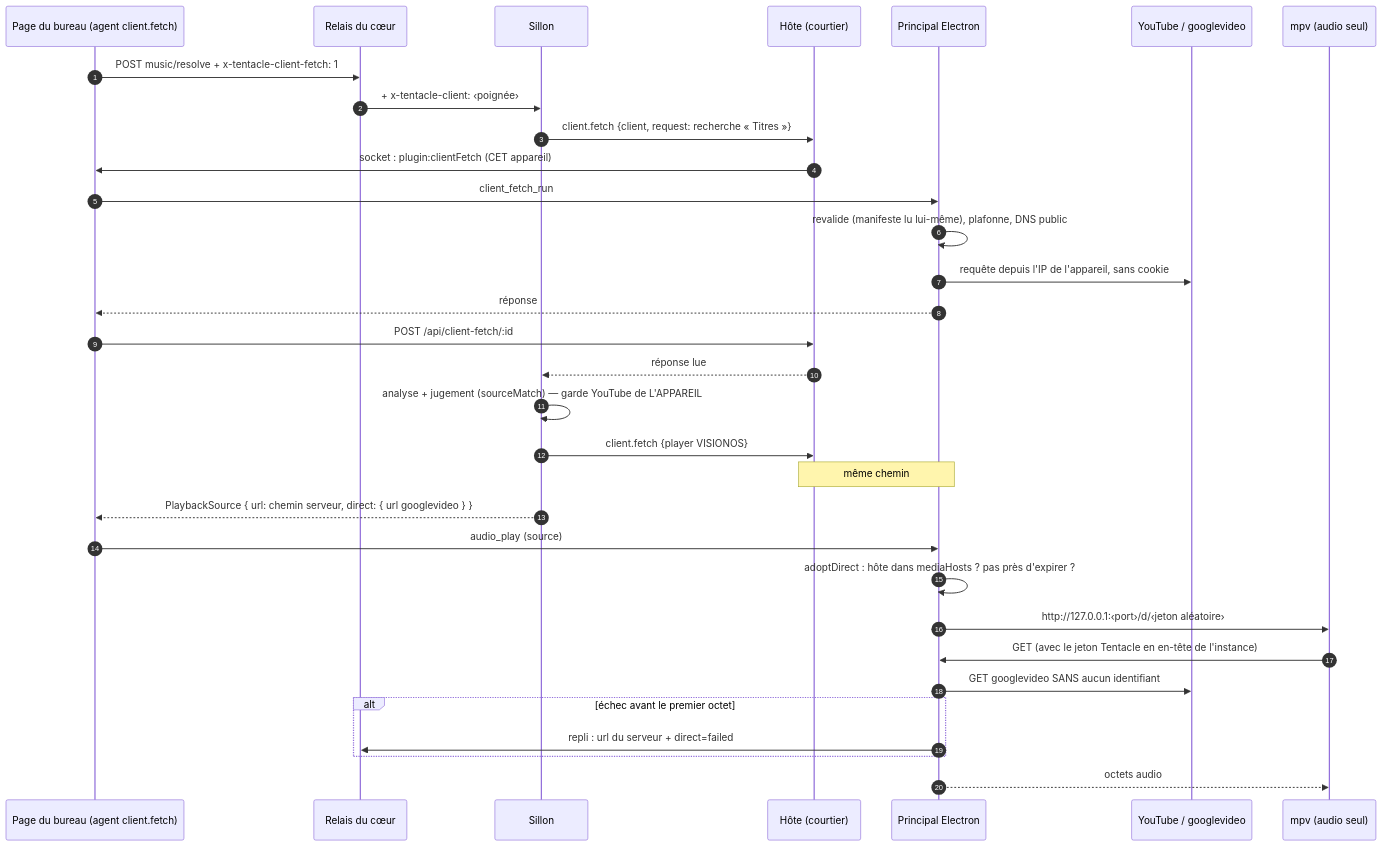
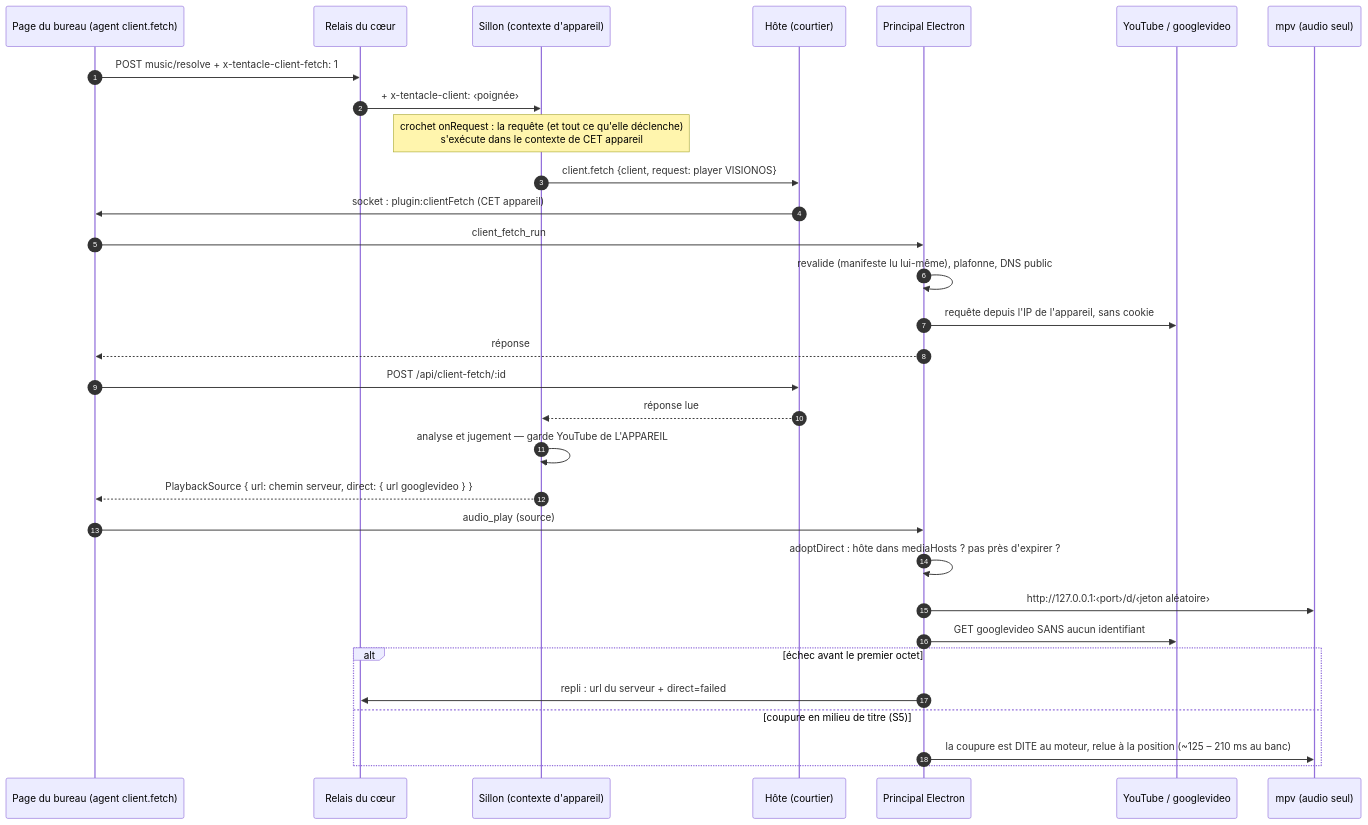
One commit to Knaox/Tentacle-TV changed the fifth of 8 diagrams in docs/octave/CARTOGRAPHIE.md. Above: the diagram before and after it, drawn with Mermaid. The commit also changed other lines of this file, not shown here.

Commit message:
docs(octave) : cartographie de l'intégration finale — catalogue YouTube Music, préchauffage, bureau délégué, titre choisi, radio, décisions et restes

````diff
--- a/docs/octave/CARTOGRAPHIE.md
+++ b/docs/octave/CARTOGRAPHIE.md
@@ -439,34 +485,33 @@
 ```mermaid
 sequenceDiagram
   autonumber
   participant Page as Page du bureau (agent client.fetch)
   participant Relay as Relais du cœur
-  participant S as Sillon
+  participant S as Sillon (contexte d'appareil)
   participant Host as Hôte (courtier)
   participant Main as Principal Electron
   participant YT as YouTube / googlevideo
   participant Mpv as mpv (audio seul)
   Page->>Relay: POST music/resolve + x-tentacle-client-fetch: 1
   Relay->>S: + x-tentacle-client: ‹poignée›
-  S->>Host: client.fetch {client, request: recherche « Titres »}
+  Note over S: crochet onRequest : la requête (et tout ce qu'elle déclenche)<br/>s'exécute dans le contexte de CET appareil
+  S->>Host: client.fetch {client, request: player VISIONOS}
   Host->>Page: socket : plugin:clientFetch (CET appareil)
   Page->>Main: client_fetch_run
   Main->>Main: revalide (manifeste lu lui-même), plafonne, DNS public
   Main->>YT: requête depuis l'IP de l'appareil, sans cookie
   Main-->>Page: réponse
   Page->>Host: POST /api/client-fetch/:id
   Host-->>S: réponse lue
-  S->>S: analyse + jugement (sourceMatch) — garde YouTube de L'APPAREIL
-  S->>Host: client.fetch {player VISIONOS}
-  Note over Host,Main: même chemin
+  S->>S: analyse et jugement — garde YouTube de L'APPAREIL
   S-->>Page: PlaybackSource { url: chemin serveur, direct: { url googlevideo } }
   Page->>Main: audio_play (source)
   Main->>Main: adoptDirect : hôte dans mediaHosts ? pas près d'expirer ?
   Main->>Mpv: http://127.0.0.1:‹port›/d/‹jeton aléatoire›
-  Mpv->>Main: GET (avec le jeton Tentacle en en-tête de l'instance)
   Main->>YT: GET googlevideo SANS aucun identifiant
   alt échec avant le premier octet
     Main->>Relay: repli : url du serveur + direct=failed
+  else coupure en milieu de titre (S5)
+    Main->>Mpv: la coupure est DITE au moteur, relue à la position (~125 – 210 ms au banc)
   end
-  Main-->>Mpv: octets audio
 ```
````
